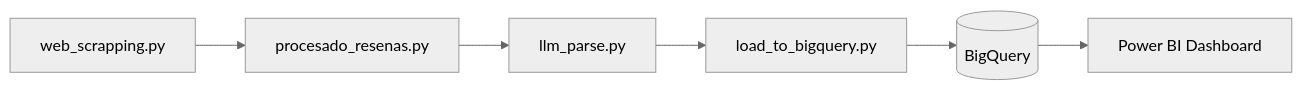
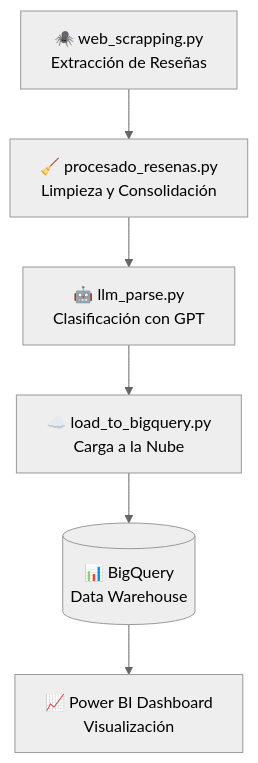
The diagram in README.md (franciscogonzalez-gal/investigacion_data_science), drawn with Mermaid (neutral theme) before and after one commit. The commit also changed other lines of this file, not shown here.

Commit message:
Update README.md: Enhance project visuals and workflow diagram for clarity

````diff
--- a/README.md
+++ b/README.md
@@ -172,8 +180,9 @@
 ```mermaid
-graph LR
-    A[web_scrapping.py] --> B[procesado_resenas.py]
-    B --> C[llm_parse.py]
-    C --> D[load_to_bigquery.py]
-    D --> E[(BigQuery)]
-    E --> F[Power BI Dashboard]
+graph TD
+    A[🕷️ web_scrapping.py<br/>Extracción de Reseñas] 
+    A --> B[🧹 procesado_resenas.py<br/>Limpieza y Consolidación]
+    B --> C[🤖 llm_parse.py<br/>Clasificación con GPT]
+    C --> D[☁️ load_to_bigquery.py<br/>Carga a la Nube]
+    D --> E[(📊 BigQuery<br/>Data Warehouse)]
+    E --> F[📈 Power BI Dashboard<br/>Visualización]
 ```
````
